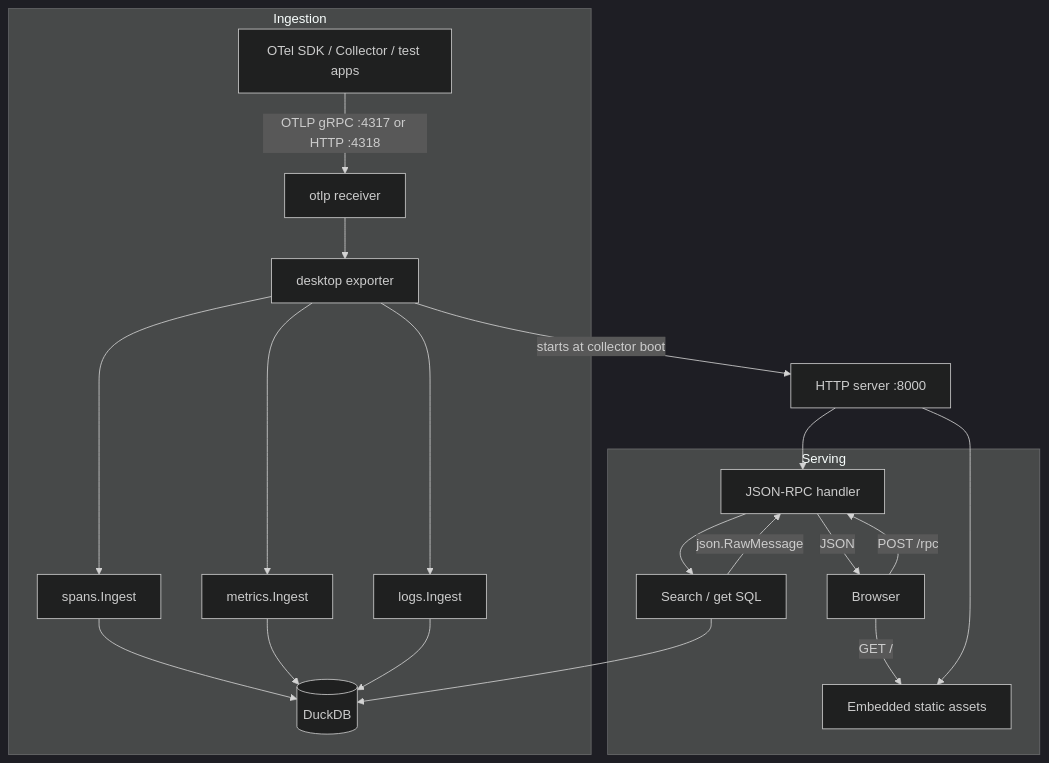
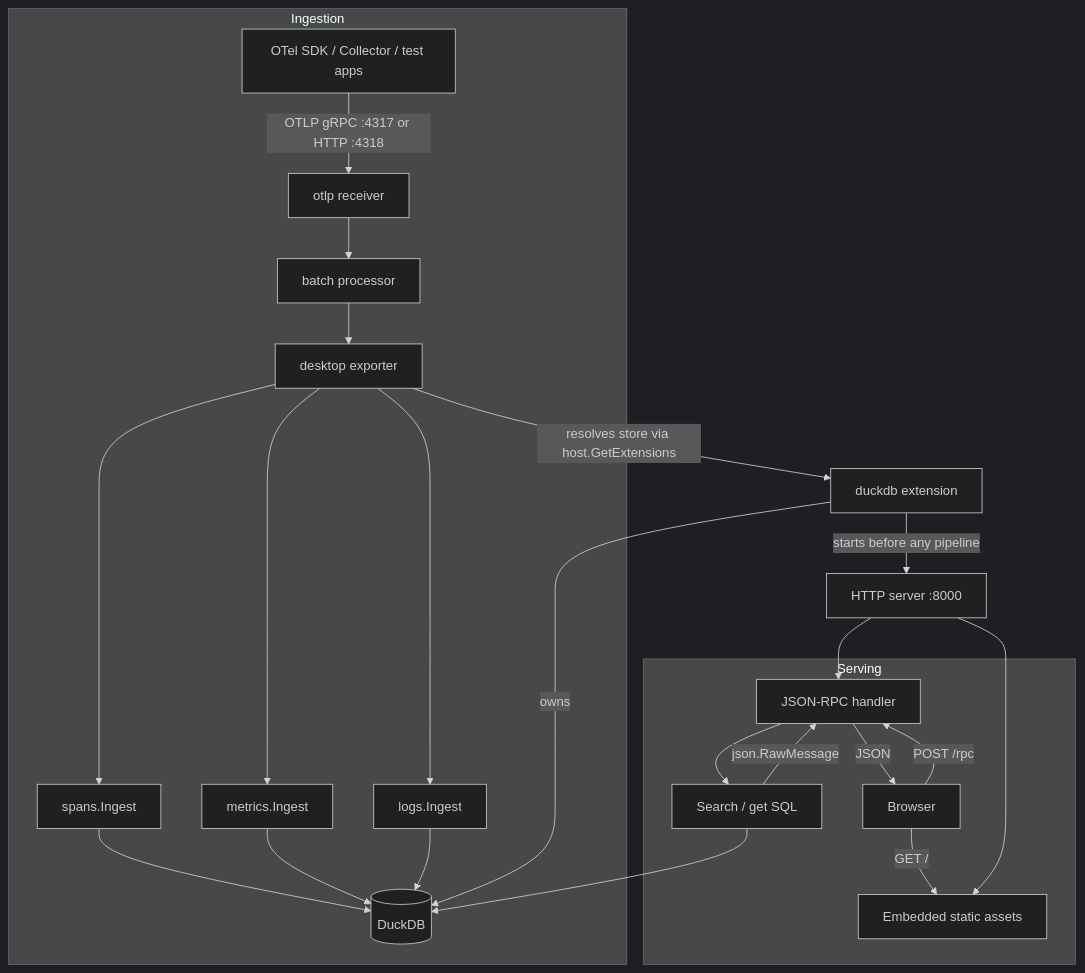
Before and after one commit to CtrlSpice/otel-desktop-viewer: the diagram in ARCHITECTURE.md, drawn with Mermaid (dark theme). The commit also changed other lines of this file, not shown here.

First line of the commit message:
Refresh ARCHITECTURE.md against the current store and extension split

````diff
--- a/ARCHITECTURE.md
+++ b/ARCHITECTURE.md
@@ -9,26 +9,29 @@
 ```mermaid
 flowchart TB
   subgraph ingest [Ingestion]
     SDK[OTel SDK / Collector / test apps] -->|OTLP gRPC :4317 or HTTP :4318| OTLP[otlp receiver]
-    OTLP --> Desktop[desktop exporter]
+    OTLP --> Batch[batch processor]
+    Batch --> Desktop[desktop exporter]
     Desktop --> Spans[spans.Ingest]
     Desktop --> Metrics[metrics.Ingest]
     Desktop --> Logs[logs.Ingest]
     Spans --> DuckDB[(DuckDB)]
     Metrics --> DuckDB
     Logs --> DuckDB
   end
 
   subgraph serve [Serving]
     Browser[Browser] -->|GET /| Static[Embedded static assets]
     Browser -->|POST /rpc| RPC[JSON-RPC handler]
     RPC --> Query[Search / get SQL]
     Query --> DuckDB
     Query -->|json.RawMessage| RPC
     RPC -->|JSON| Browser
   end
 
-  Desktop -->|starts at collector boot| HTTP[HTTP server :8000]
+  DuckDBExt[duckdb extension] -->|starts before any pipeline| HTTP[HTTP server :8000]
+  DuckDBExt -->|owns| DuckDB
+  Desktop -->|resolves store via host.GetExtensions| DuckDBExt
   HTTP --> Static
   HTTP --> RPC
 ```
````
